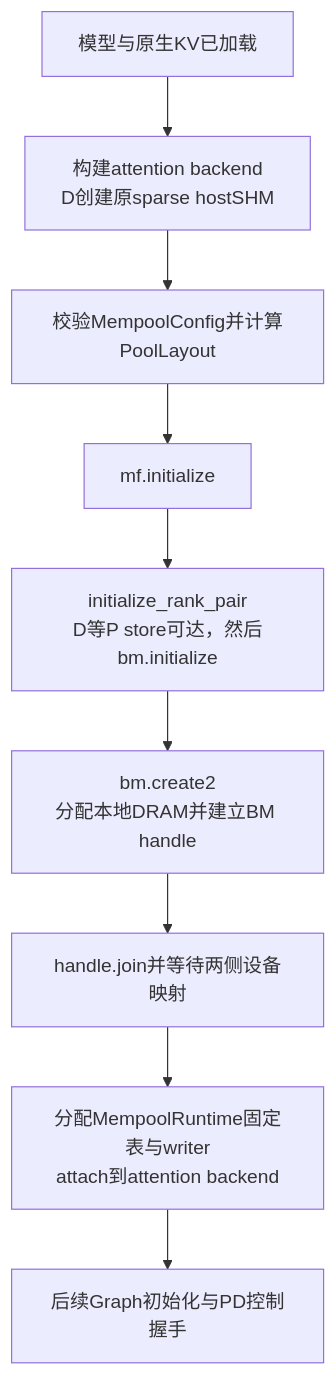
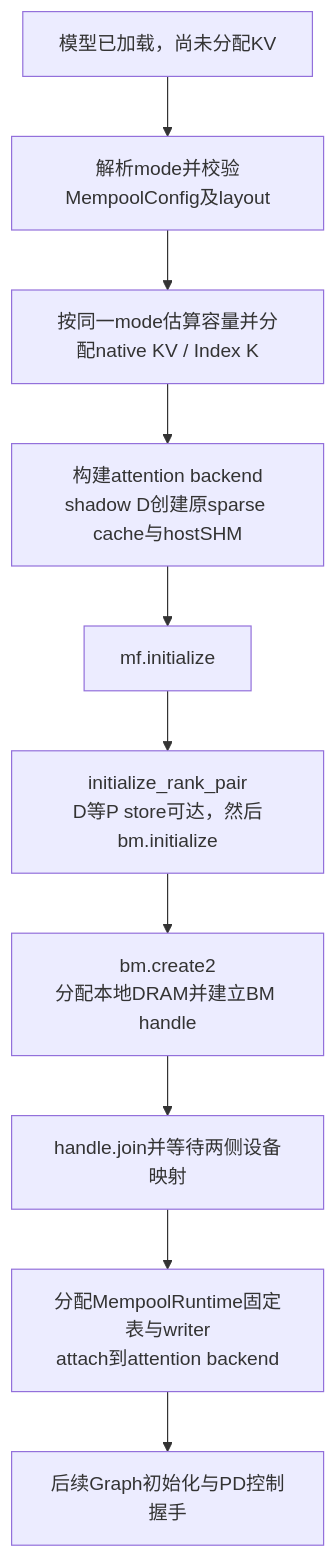
The diagram in python/sglang/srt/hardware_backend/npu/mempool/README.md (ITCJ/sglang), drawn with Mermaid before and after one commit. The commit also changed other lines of this file and 22 other files, not shown here.

````diff
--- a/python/sglang/srt/hardware_backend/npu/mempool/README.md
+++ b/python/sglang/srt/hardware_backend/npu/mempool/README.md
@@ -43,11 +57,12 @@
 ```mermaid
 flowchart TD
-    A[模型与原生KV已加载] --> B[构建attention backend\nD创建原sparse hostSHM]
-    B --> C[校验MempoolConfig并计算PoolLayout]
-    C --> D[mf.initialize]
+    A[模型已加载，尚未分配KV] --> B[解析mode并校验MempoolConfig及layout]
+    B --> C[按同一mode估算容量并分配native KV / Index K]
+    C --> C1[构建attention backend\nshadow D创建原sparse cache与hostSHM]
+    C1 --> D[mf.initialize]
     D --> E[initialize_rank_pair\nD等P store可达，然后bm.initialize]
     E --> F[bm.create2\n分配本地DRAM并建立BM handle]
     F --> G[handle.join并等待两侧设备映射]
     G --> H[分配MempoolRuntime固定表与writer\nattach到attention backend]
     H --> I[后续Graph初始化与PD控制握手]
 ```
````
